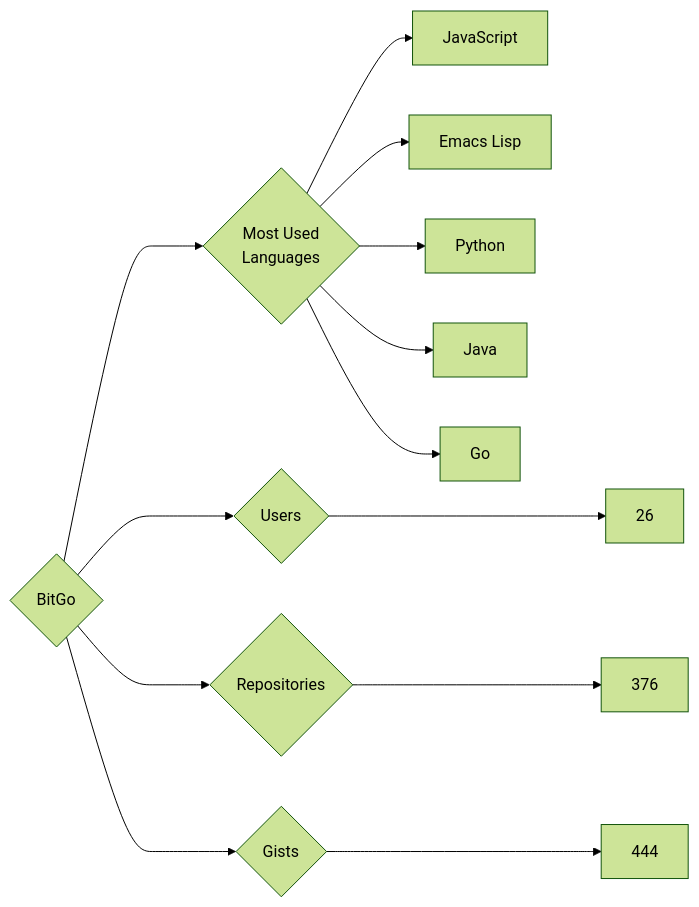
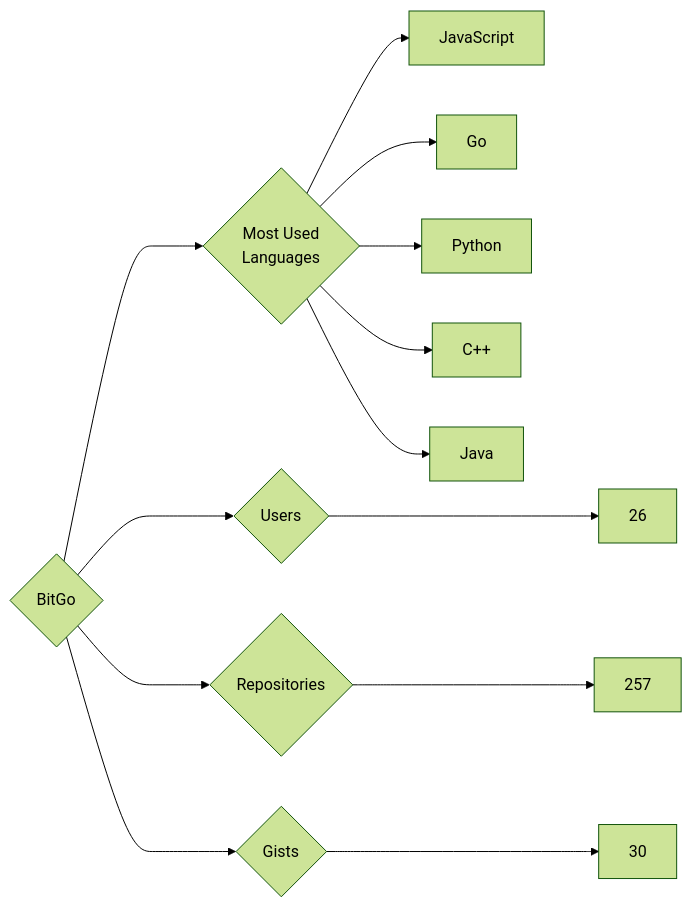
Before and after one commit to trickest/insiders: the diagram in targets/BitGo/README.md, drawn with Mermaid (forest theme). The commit also changed 681 other files, not shown here.

````diff
--- a/targets/BitGo/README.md
+++ b/targets/BitGo/README.md
@@ -3,13 +3,13 @@
 ```mermaid
 graph LR
 COMPANY_NAME{BitGo}
 COMPANY_NAME ---> U{Users} ---> UN[26]
-COMPANY_NAME ---> R{Repositories} ---> RN[376]
-COMPANY_NAME ---> G{Gists} ---> GN[444]
+COMPANY_NAME ---> R{Repositories} ---> RN[257]
+COMPANY_NAME ---> G{Gists} ---> GN[30]
 COMPANY_NAME ---> ML{Most Used<br>Languages}
 ML --> JavaScript[JavaScript]
-ML --> Emacs_Lisp[Emacs Lisp]
+ML --> Go[Go]
 ML --> Python[Python]
+ML --> C++[C++]
 ML --> Java[Java]
-ML --> Go[Go]
 ```
````
